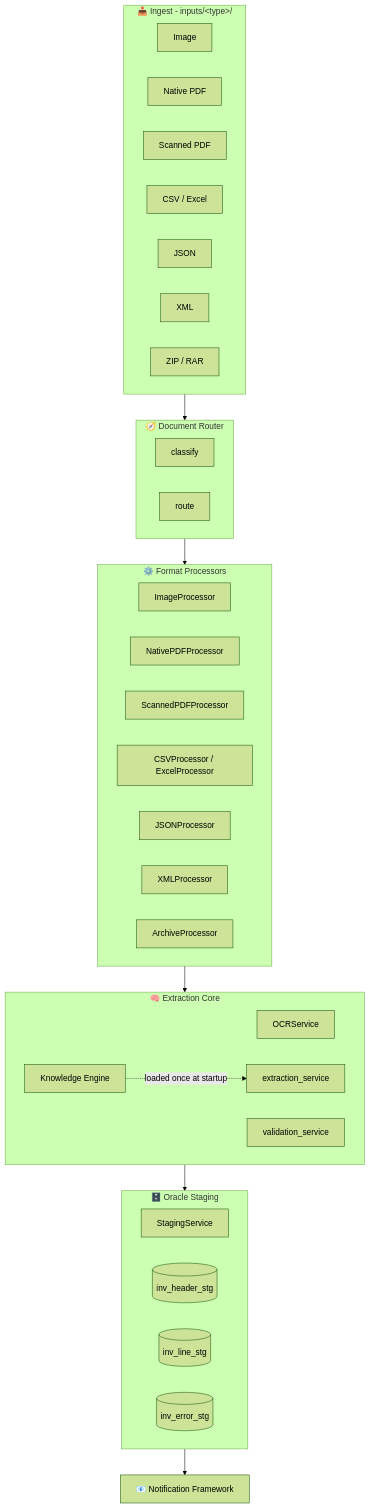
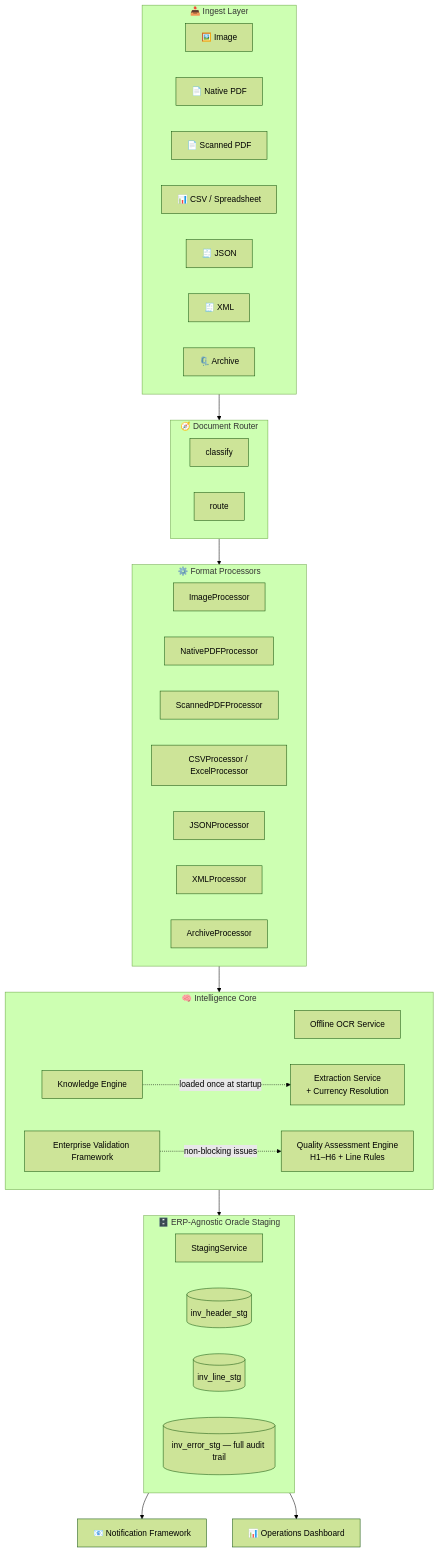
One commit to hmahanta/invoiceload changed the first of 4 diagrams in README.md. Above: the diagram before and after it, drawn with Mermaid (forest theme). The commit also changed other lines of this file, not shown here.

````diff
--- a/README.md
+++ b/README.md
@@ -169,46 +156,50 @@
 ```mermaid
 flowchart TB
-    subgraph Ingest["📥 Ingest - inputs/&lt;type&gt;/"]
-        A1[Image]
-        A2[Native PDF]
-        A3[Scanned PDF]
-        A4[CSV / Excel]
-        A5[JSON]
-        A6[XML]
-        A7[ZIP / RAR]
+    subgraph Ingest["📥 Ingest Layer"]
+        A1[🖼️ Image]
+        A2[📄 Native PDF]
+        A3[📄 Scanned PDF]
+        A4[📊 CSV / Spreadsheet]
+        A5[🧾 JSON]
+        A6[🧾 XML]
+        A7[🗜️ Archive]
     end
 
     subgraph Router["🧭 Document Router"]
         B1[classify]
         B2[route]
     end
 
     subgraph Processors["⚙️ Format Processors"]
         C1[ImageProcessor]
         C2[NativePDFProcessor]
         C3[ScannedPDFProcessor]
         C4[CSVProcessor / ExcelProcessor]
         C5[JSONProcessor]
         C6[XMLProcessor]
         C7[ArchiveProcessor]
     end
 
-    subgraph Core["🧠 Extraction Core"]
-        D1[OCRService]
+    subgraph Core["🧠 Intelligence Core"]
+        D1[Offline OCR Service]
         D2[Knowledge Engine]
-        D3[extraction_service]
-        D4[validation_service]
+        D3[Extraction Service<br/>+ Currency Resolution]
+        D4[Enterprise Validation Framework]
+        D5[Quality Assessment Engine<br/>H1–H6 + Line Rules]
     end
 
-    subgraph Staging["🗄️ Oracle Staging"]
+    subgraph Staging["🗄️ ERP-Agnostic Oracle Staging"]
         E1[StagingService]
         E2[(inv_header_stg)]
         E3[(inv_line_stg)]
-        E4[(inv_error_stg)]
+        E4[(inv_error_stg — full audit trail)]
     end
 
     F[📧 Notification Framework]
+    G[📊 Operations Dashboard]
 
     Ingest --> Router --> Processors --> Core --> Staging --> F
+    Staging --> G
     D2 -. loaded once at startup .-> D3
+    D4 -. non-blocking issues .-> D5
 ```
````
